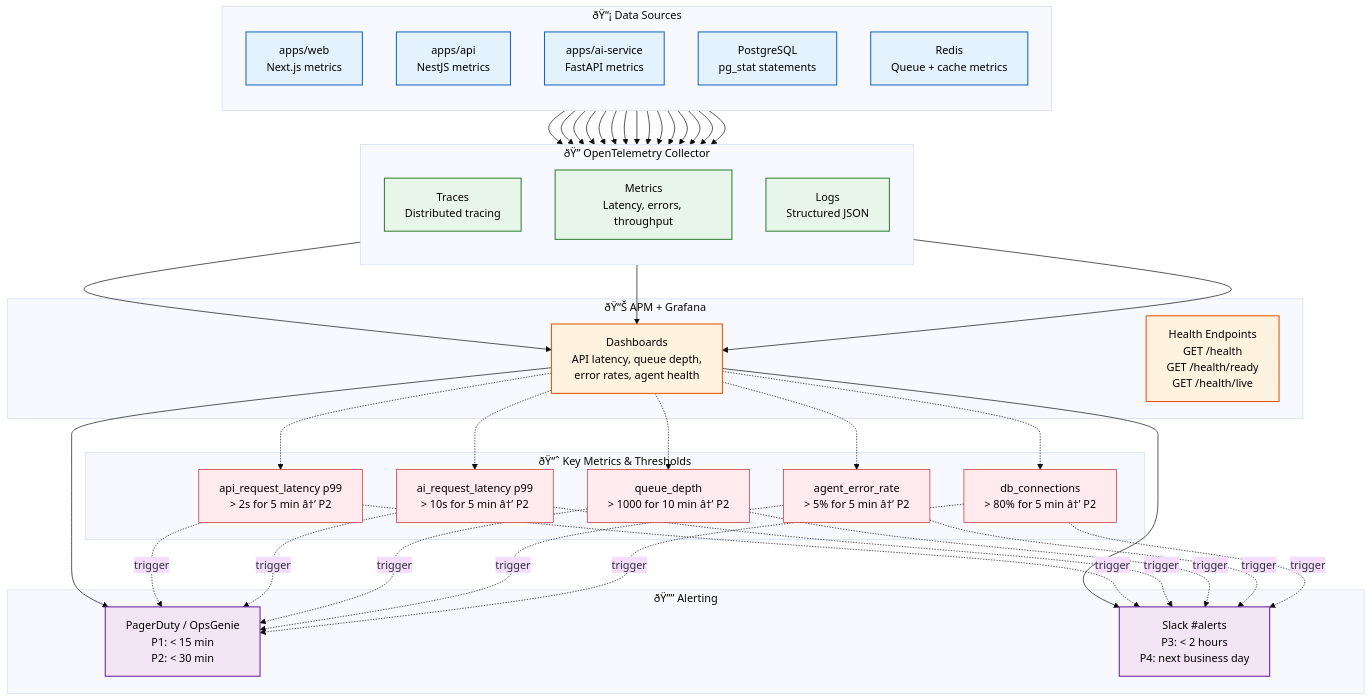
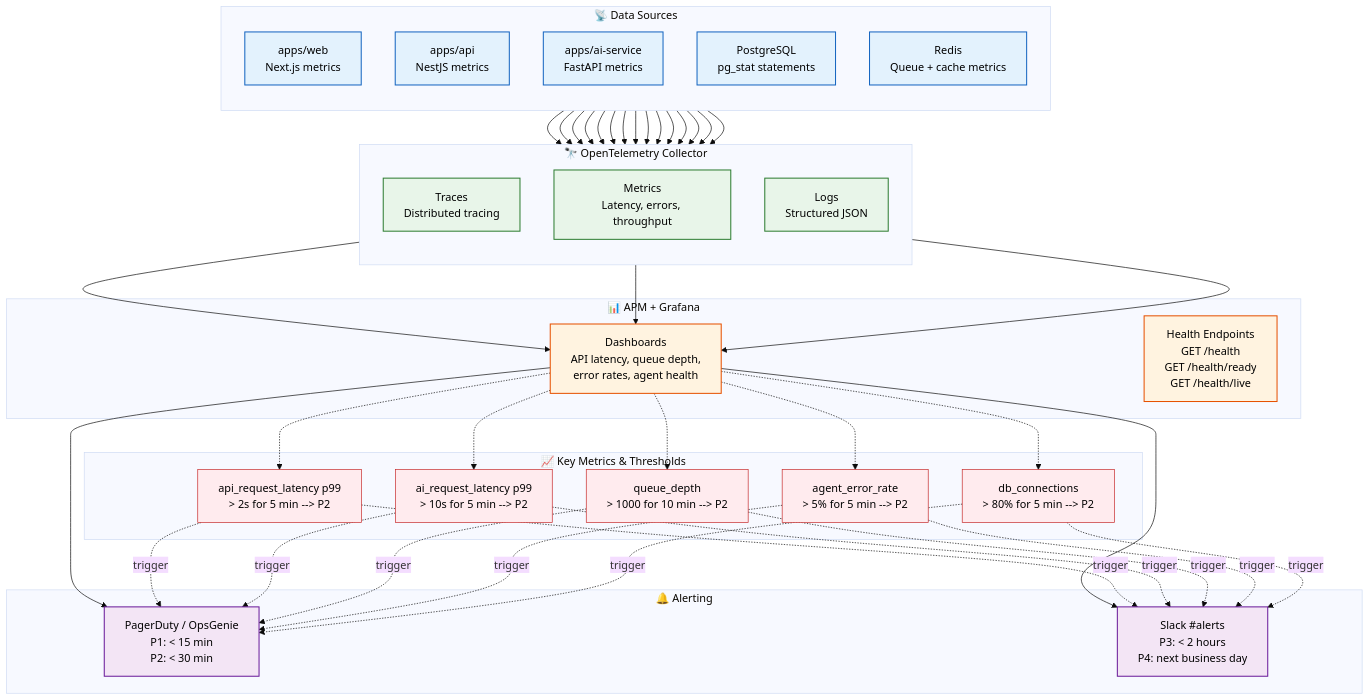
The first of 2 diagrams in Docs/DevOps/Monitoring.md (Driftloom/Vaeloom), drawn with Mermaid (base theme) before and after one commit. The commit also changed other lines of this file and 12 other files, not shown here.

````diff
--- a/Docs/DevOps/Monitoring.md
+++ b/Docs/DevOps/Monitoring.md
@@ -8,55 +8,55 @@
 ```mermaid
 graph TD
     classDef sources fill:#e3f2fd,stroke:#1565c0,color:#000,stroke-width:1.5px
     classDef otel fill:#e8f5e9,stroke:#2e7d32,color:#000,stroke-width:1.5px
     classDef viz fill:#fff3e0,stroke:#e65100,color:#000,stroke-width:1.5px
     classDef alert fill:#f3e5f5,stroke:#6a1b9a,color:#000,stroke-width:1.5px
     classDef metric fill:#ffebee,stroke:#c62828,color:#000,stroke-width:1px
 
-    subgraph Sources["ðŸ“¡ Data Sources"]
+    subgraph Sources["📡 Data Sources"]
         direction TB
         S1["apps/web<br/>Next.js metrics"]
         S2["apps/api<br/>NestJS metrics"]
         S3["apps/ai-service<br/>FastAPI metrics"]
         S4["PostgreSQL<br/>pg_stat statements"]
         S5["Redis<br/>Queue + cache metrics"]
     end
 
-    subgraph Otel["ðŸ”­ OpenTelemetry Collector"]
+    subgraph Otel["🔭 OpenTelemetry Collector"]
         direction TB
         O1["Traces<br/>Distributed tracing"]
         O2["Metrics<br/>Latency, errors, throughput"]
         O3["Logs<br/>Structured JSON"]
     end
 
-    subgraph Visualization["ðŸ“Š APM + Grafana"]
+    subgraph Visualization["📊 APM + Grafana"]
         V1["Dashboards<br/>API latency, queue depth,\nerror rates, agent health"]
         V2["Health Endpoints<br/>GET /health<br/>GET /health/ready<br/>GET /health/live"]
     end
 
-    subgraph Alerts["ðŸ”” Alerting"]
+    subgraph Alerts["🔔 Alerting"]
         A1["PagerDuty / OpsGenie<br/>P1: < 15 min<br/>P2: < 30 min"]
         A2["Slack #alerts<br/>P3: < 2 hours<br/>P4: next business day"]
     end
 
-    subgraph KeyMetrics["ðŸ“ˆ Key Metrics & Thresholds"]
-        K1["api_request_latency p99<br/>> 2s for 5 min â†’ P2"]
-        K2["ai_request_latency p99<br/>> 10s for 5 min â†’ P2"]
-        K3["queue_depth<br/>> 1000 for 10 min â†’ P2"]
-        K4["agent_error_rate<br/>> 5% for 5 min â†’ P2"]
-        K5["db_connections<br/>> 80% for 5 min â†’ P2"]
+    subgraph KeyMetrics["📈 Key Metrics & Thresholds"]
+        K1["api_request_latency p99<br/>> 2s for 5 min --> P2"]
+        K2["ai_request_latency p99<br/>> 10s for 5 min --> P2"]
+        K3["queue_depth<br/>> 1000 for 10 min --> P2"]
+        K4["agent_error_rate<br/>> 5% for 5 min --> P2"]
+        K5["db_connections<br/>> 80% for 5 min --> P2"]
     end
 
     S1 & S2 & S3 & S4 & S5 --> O1 & O2 & O3
     O1 & O2 & O3 --> V1
     V1 --> A1 & A2
     V1 -.-> K1 & K2 & K3 & K4 & K5
     K1 & K2 & K3 & K4 & K5 -.->|trigger| A1 & A2
 
     class S1,S2,S3,S4,S5 sources
     class O1,O2,O3 otel
     class V1,V2 viz
     class A1,A2 alert
     class K1,K2,K3,K4,K5 metric
 
 ```
````
